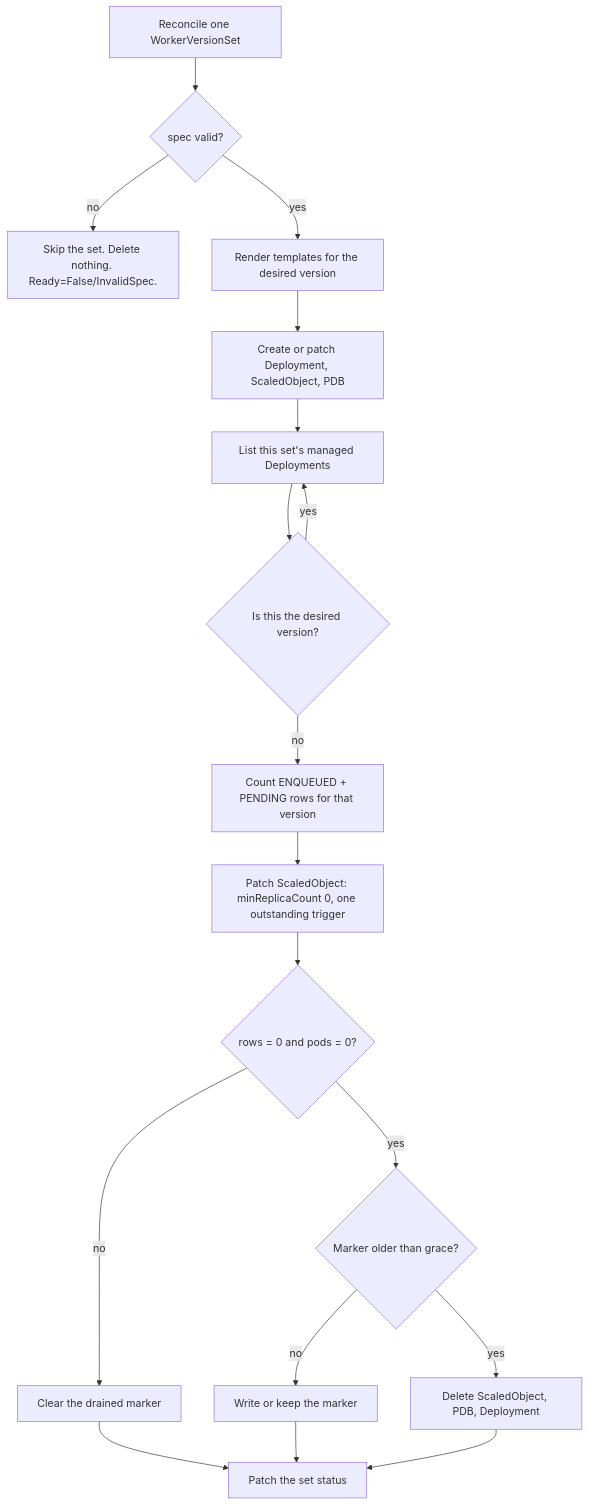
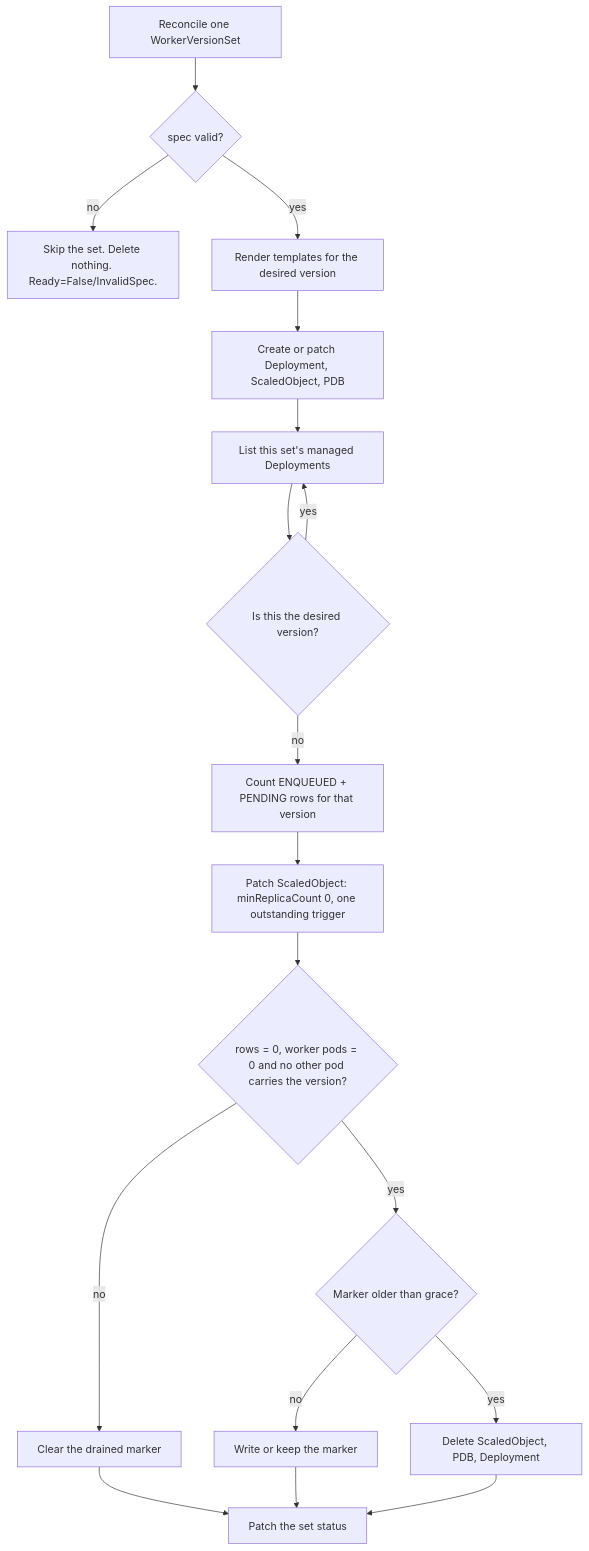
Before and after one commit to trustle/dbos-version-controller: the diagram in README.md, drawn with Mermaid. The commit also changed other lines of this file and 10 other files, not shown here.

First line of the commit message:
Keep a version while a pod outside the set still carries it (#17)

````diff
--- a/README.md
+++ b/README.md
@@ -63,20 +68,20 @@
 ```mermaid
 flowchart TD
     A[Reconcile one WorkerVersionSet] --> B{spec valid?}
     B -- no --> Z[Skip the set. Delete nothing. Ready=False/InvalidSpec.]
     B -- yes --> C[Render templates for the desired version]
     C --> D[Create or patch Deployment, ScaledObject, PDB]
     D --> E[List this set's managed Deployments]
     E --> F{Is this the desired version?}
     F -- yes --> E
     F -- no --> G[Count ENQUEUED + PENDING rows for that version]
     G --> H[Patch ScaledObject: minReplicaCount 0, one outstanding trigger]
-    H --> I{rows = 0 and pods = 0?}
+    H --> I{rows = 0, worker pods = 0 and no other pod carries the version?}
     I -- no --> J[Clear the drained marker]
     I -- yes --> K{Marker older than grace?}
     K -- no --> L[Write or keep the marker]
     K -- yes --> M[Delete ScaledObject, PDB, Deployment]
     J --> N[Patch the set status]
     L --> N
     M --> N
 ```
````
